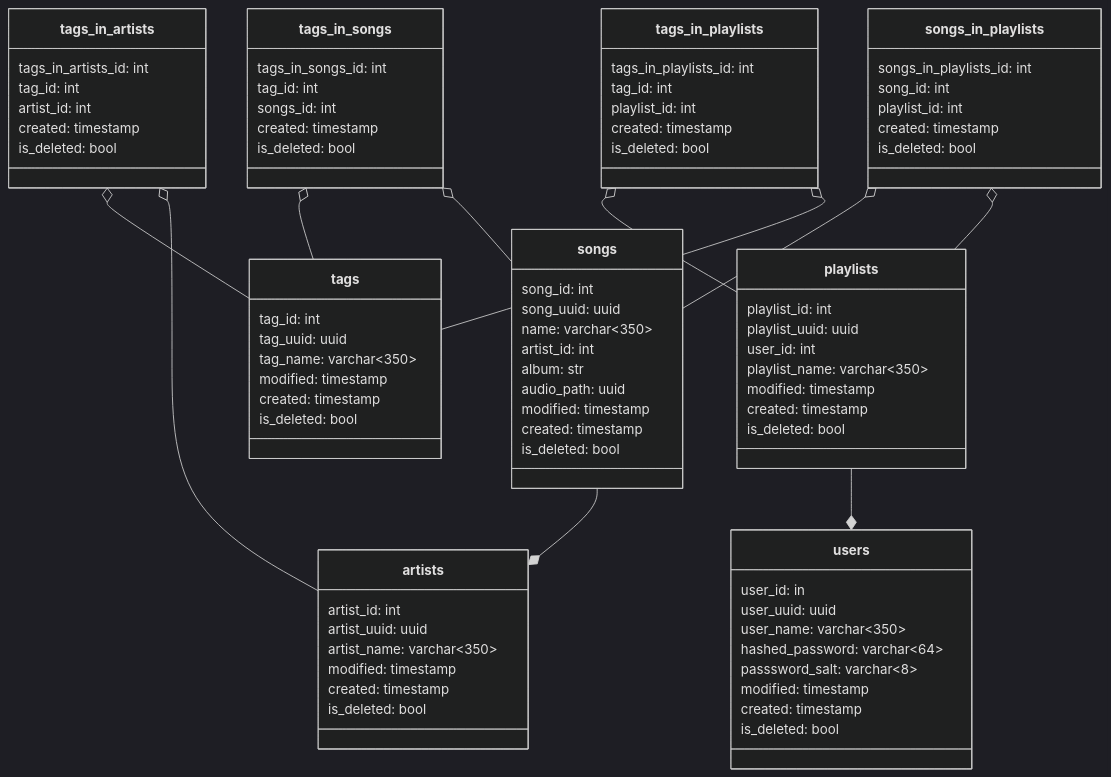
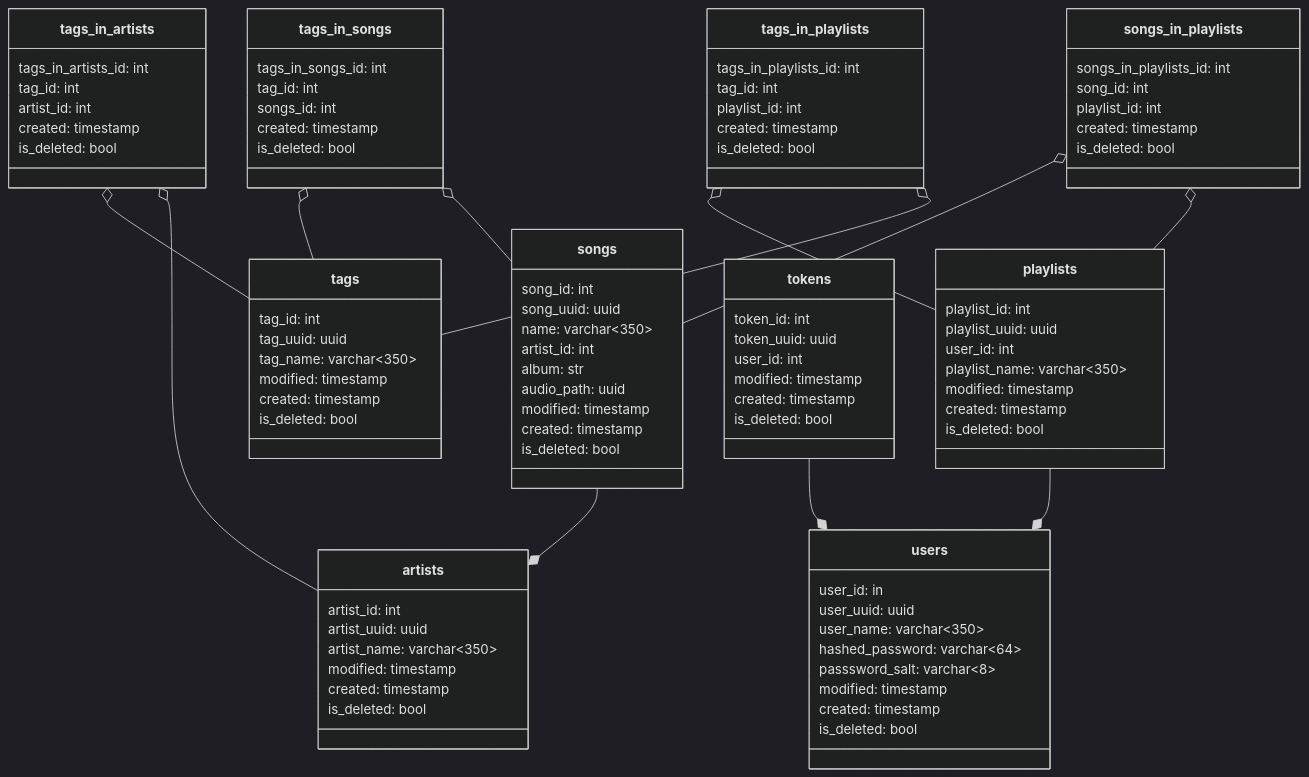
One commit to theglobehead/playlist-app-with-fastapi-react changed the first of 2 diagrams in README.md. Above: the diagram before and after it, drawn with Mermaid (dark theme). The commit also changed other lines of this file and 1 other file, not shown here.

Commit message:
fix: added tokens to diagrams

````diff
--- a/README.md
+++ b/README.md
@@ -87,6 +87,15 @@
         is_deleted: bool
     }
 
+    class tokens{
+        token_id: int
+        token_uuid: uuid
+        user_id: int
+        modified: timestamp
+        created: timestamp
+        is_deleted: bool
+    }
+
     tags_in_playlists o-- playlists
     tags_in_playlists o-- tags
 
@@ -101,4 +110,5 @@
 
     playlists --* users
     songs --* artists
+    tokens --* users
 ```
````
